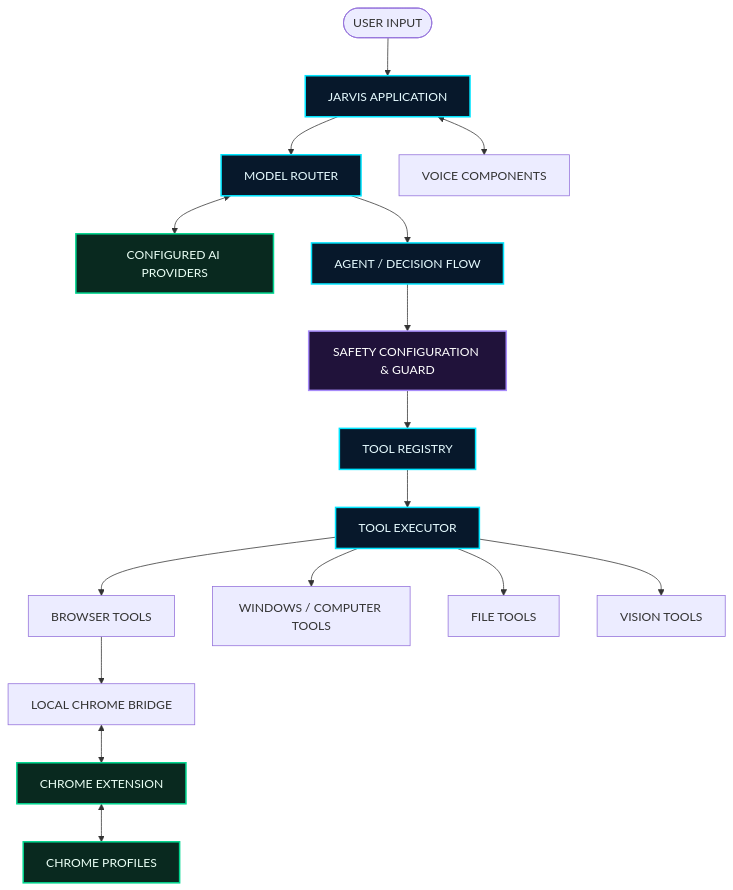
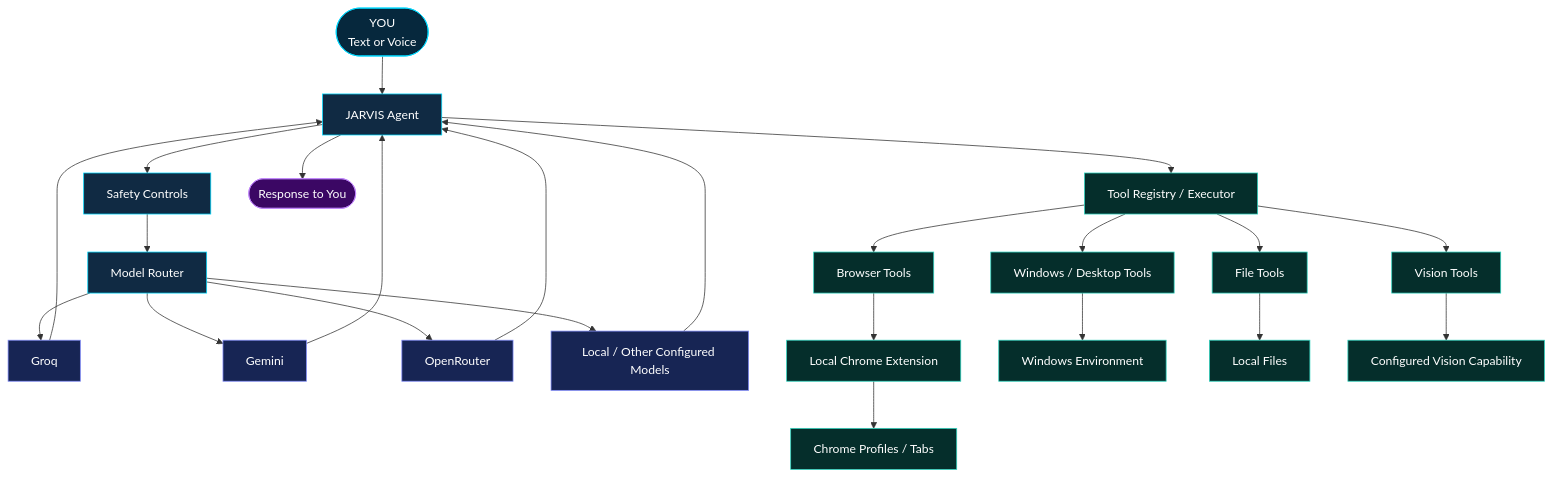
Before and after one commit to armaankhantech/JARVIS-Personal-AI-Assistant: the first of 2 diagrams in README.md, drawn with Mermaid. The commit also changed other lines of this file, not shown here.

Commit message:
docs: add detailed JARVIS project README

````diff
--- a/README.md
+++ b/README.md
@@ -93,47 +139,44 @@
 ```mermaid
-flowchart TD
-    USER([USER INPUT])
-    CORE["JARVIS APPLICATION"]
-    ROUTER["MODEL ROUTER"]
-    PROVIDERS["CONFIGURED AI PROVIDERS"]
-    AGENT["AGENT / DECISION FLOW"]
-    SAFETY["SAFETY CONFIGURATION & GUARD"]
-    REGISTRY["TOOL REGISTRY"]
-    EXECUTOR["TOOL EXECUTOR"]
+flowchart TB
+    U(["YOU<br/>Text or Voice"]) --> A["JARVIS Agent"]
+    A --> S["Safety Controls"]
+    S --> R["Model Router"]
 
-    BROWSER["BROWSER TOOLS"]
-    BRIDGE["LOCAL CHROME BRIDGE"]
-    EXTENSION["CHROME EXTENSION"]
-    CHROME["CHROME PROFILES"]
+    R --> G["Groq"]
+    R --> M["Gemini"]
+    R --> O["OpenRouter"]
+    R --> L["Local / Other Configured Models"]
 
-    VOICE["VOICE COMPONENTS"]
-    WINDOWS["WINDOWS / COMPUTER TOOLS"]
-    FILES["FILE TOOLS"]
-    VISION["VISION TOOLS"]
+    G --> A
+    M --> A
+    O --> A
+    L --> A
 
-    USER --> CORE
-    CORE --> ROUTER
-    ROUTER <--> PROVIDERS
-    ROUTER --> AGENT
-    AGENT --> SAFETY
-    SAFETY --> REGISTRY
-    REGISTRY --> EXECUTOR
+    A --> T["Tool Registry / Executor"]
 
-    EXECUTOR --> BROWSER
-    BROWSER --> BRIDGE
-    BRIDGE <--> EXTENSION
-    EXTENSION <--> CHROME
+    T --> B["Browser Tools"]
+    T --> D["Windows / Desktop Tools"]
+    T --> F["File Tools"]
+    T --> V["Vision Tools"]
 
-    EXECUTOR --> WINDOWS
-    EXECUTOR --> FILES
-    EXECUTOR --> VISION
-    CORE <--> VOICE
+    B --> X["Local Chrome Extension"]
+    X --> C["Chrome Profiles / Tabs"]
 
-    classDef core fill:#07182b,stroke:#00e5ff,color:#e6fbff,stroke-width:2px;
-    classDef safe fill:#20123a,stroke:#a78bfa,color:#ffffff,stroke-width:2px;
-    classDef external fill:#09291f,stroke:#00d68f,color:#eafff5,stroke-width:2px;
+    D --> W["Windows Environment"]
+    F --> FS["Local Files"]
+    V --> I["Configured Vision Capability"]
 
-    class CORE,ROUTER,AGENT,REGISTRY,EXECUTOR core;
-    class SAFETY safe;
-    class PROVIDERS,CHROME,EXTENSION external;
+    A --> OUT(["Response to You"])
+
+    classDef user fill:#06283D,stroke:#00D9FF,color:#FFFFFF
+    classDef core fill:#102A43,stroke:#00D9FF,color:#FFFFFF
+    classDef model fill:#172554,stroke:#818CF8,color:#FFFFFF
+    classDef tool fill:#052E2B,stroke:#2DD4BF,color:#FFFFFF
+    classDef output fill:#3B0764,stroke:#C084FC,color:#FFFFFF
+
+    class U user
+    class A,S,R core
+    class G,M,O,L model
+    class T,B,D,F,V,X,C,W,FS,I tool
+    class OUT output
 ```
````
